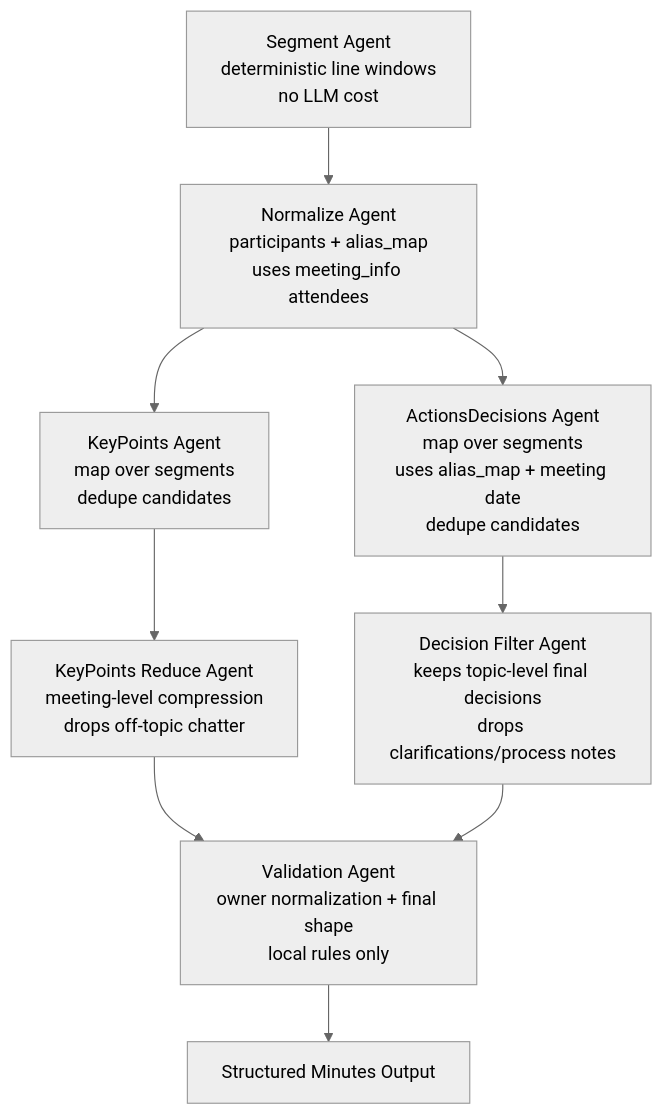
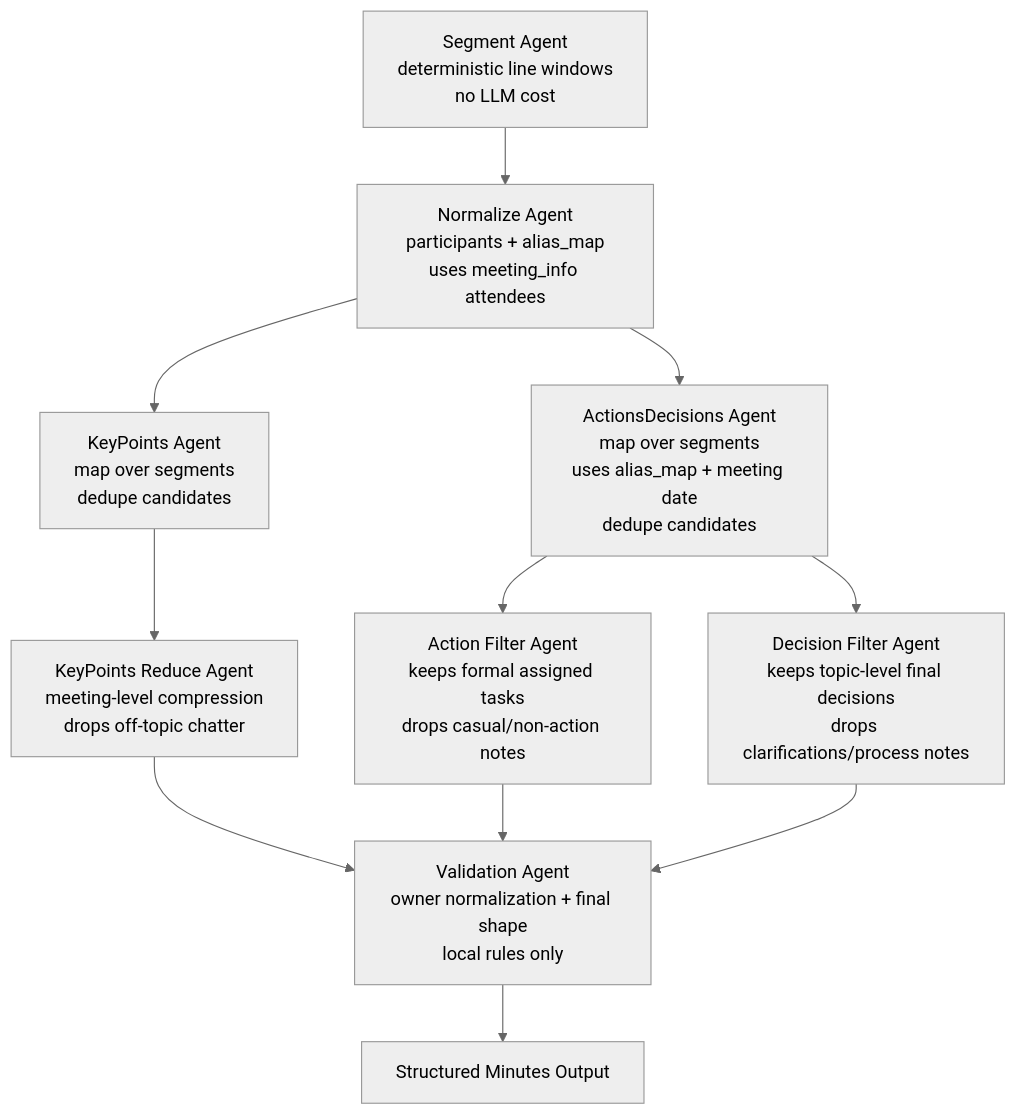
One commit to KeaiPandas/Minsight changed the diagram in Core/v2/architecture.md. Above: the diagram before and after it, drawn with Mermaid (neutral theme). The commit also changed other lines of this file and 17 other files, not shown here.

````diff
--- a/Core/v2/architecture.md
+++ b/Core/v2/architecture.md
@@ -8,20 +8,23 @@
 ```mermaid
 flowchart TD
     S["Segment Agent<br/>deterministic line windows<br/>no LLM cost"]
     N["Normalize Agent<br/>participants + alias_map<br/>uses meeting_info attendees"]
     K["KeyPoints Agent<br/>map over segments<br/>dedupe candidates"]
     KR["KeyPoints Reduce Agent<br/>meeting-level compression<br/>drops off-topic chatter"]
     A["ActionsDecisions Agent<br/>map over segments<br/>uses alias_map + meeting date<br/>dedupe candidates"]
+    AF["Action Filter Agent<br/>keeps formal assigned tasks<br/>drops casual/non-action notes"]
     DF["Decision Filter Agent<br/>keeps topic-level final decisions<br/>drops clarifications/process notes"]
     V["Validation Agent<br/>owner normalization + final shape<br/>local rules only"]
     O["Structured Minutes Output"]
 
     S --> N
     N --> K
     N --> A
     K --> KR
+    A --> AF
     A --> DF
     KR --> V
+    AF --> V
     DF --> V
     V --> O
 ```
````
